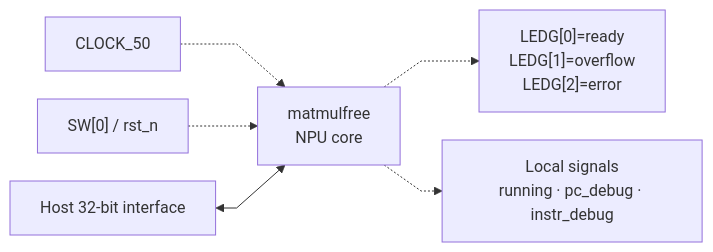
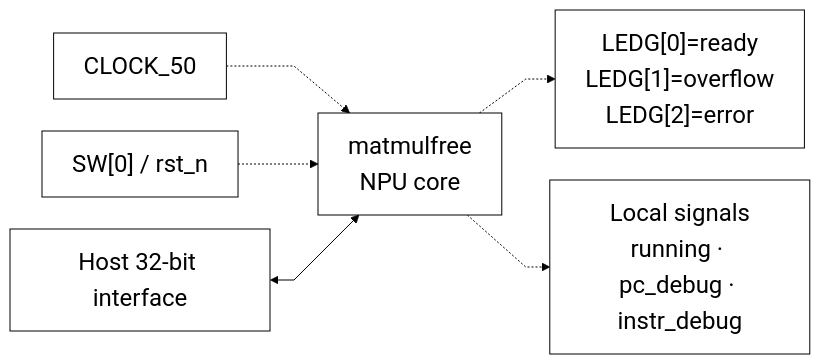
Before and after one commit to nguyennhutkhanhtom/NPU: the diagram in docs/source_guide/blocks/matmul_wrap.sv.md, drawn with Mermaid. The commit also changed 102 other files, not shown here.

First line of the commit message:
docs: refresh guides and source-grounded RTL diagrams

````diff
--- a/docs/source_guide/blocks/matmul_wrap.sv.md
+++ b/docs/source_guide/blocks/matmul_wrap.sv.md
@@ -15,9 +15,11 @@
 ```mermaid
+%%{init: {"theme":"base","fontFamily":"Arial, sans-serif","themeVariables":{"fontSize":"24px","primaryColor":"#ffffff","primaryTextColor":"#000000","primaryBorderColor":"#000000","secondaryColor":"#ffffff","tertiaryColor":"#ffffff","lineColor":"#000000","textColor":"#000000","mainBkg":"#ffffff","nodeBorder":"#000000","clusterBkg":"#ffffff","clusterBorder":"#000000","edgeLabelBackground":"#ffffff"},"flowchart":{"htmlLabels":true,"useMaxWidth":false,"nodeSpacing":32,"rankSpacing":48,"curve":"linear","subGraphTitleMargin":{"top":16,"bottom":30}}}}%%
 flowchart LR
-%%{init: {"flowchart": {"subGraphTitleMargin": {"top": 8, "bottom": 20}, "nodeSpacing": 28, "rankSpacing": 42, "curve": "linear"}}}%%
-    CLK["CLOCK_50"] -.-> CORE["matmulfree<br/>NPU core"]
+CLK["CLOCK_50"] -.-> CORE["matmulfree<br/>NPU core"]
     SW["SW[0] / rst_n"] -.-> CORE
     HOST["Host 32-bit interface"] <--> CORE
     CORE -.-> LED["LEDG[0]=ready<br/>LEDG[1]=overflow<br/>LEDG[2]=error"]
     CORE -.-> DBG["Local signals<br/>running · pc_debug · instr_debug"]
+    classDef default fill:white,stroke:black,color:black,font-size:24px;
+    linkStyle default stroke:black,color:black;
 ```
````
